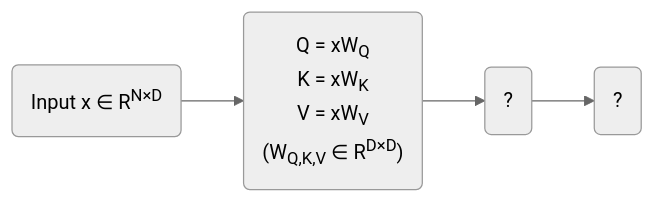
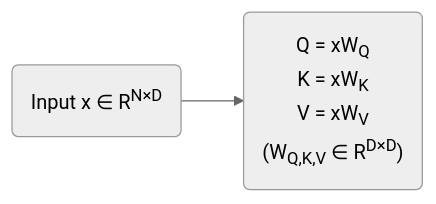
One commit to ChrisZhu2050/chriszhu2050.github.io changed diagram 21 of 21 in index.md. Above: the diagram before and after it, drawn with Mermaid (neutral theme). The commit also changed other lines of this file, not shown here.

````diff
--- a/index.md
+++ b/index.md
@@ -677,18 +623,11 @@
         ```mermaid
               graph LR
                   A("`Input                   x ∈ R<sup>N×D</sup>
                   `") --> 
                   B("`Q = xW<sub>Q</sub> 
                   K = xW<sub>K</sub>
                   V = xW<sub>V</sub>
                   (W<sub>Q,K,V</sub> ∈ R<sup>D×D</sup>)
                   
-                  `")--> 
-                  C("`?
-
-                  `")--> 
-                  D("?
-                    
-
-                  ")  
+                  `") 
           ```  
````
